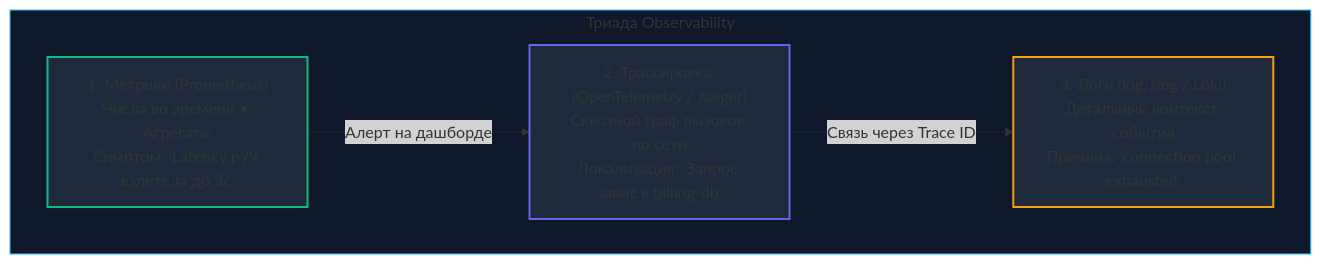
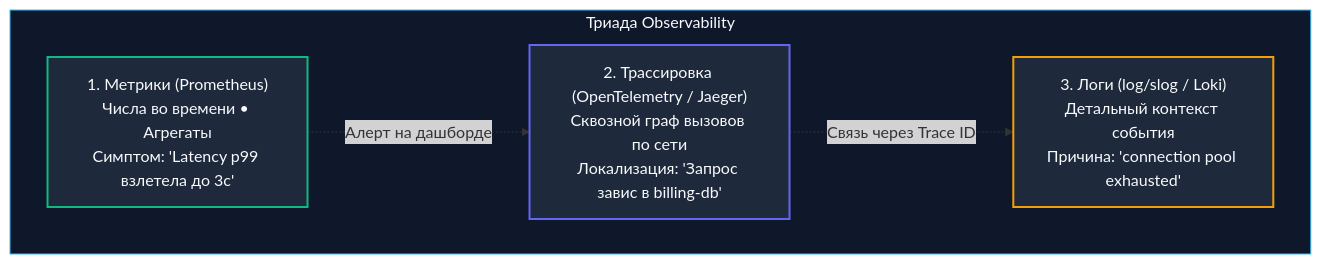
One commit to UnrealTemplier/go-textbook changed the first of 3 diagrams in sources/10. Проектирование API и Сетевые протоколы/31. API observability.md. Above: the diagram before and after it, drawn with Mermaid. The commit also changed other lines of this file and 310 other files, not shown here.

First line of the commit message:
fix(mermaid): replace light fill colors with dark palette for readability on dark theme

````diff
--- a/sources/10. Проектирование API и Сетевые протоколы/31. API observability.md
+++ b/sources/10. Проектирование API и Сетевые протоколы/31. API observability.md
@@ -23,16 +23,16 @@
 ```mermaid
 flowchart TD
     subgraph Triad ["Триада Observability"]
         M["1. Метрики (Prometheus)<br>Числа во времени • Агрегаты<br>Симптом: 'Latency p99 взлетела до 3с'"]
         T["2. Трассировка (OpenTelemetry / Jaeger)<br>Сквозной граф вызовов по сети<br>Локализация: 'Запрос завис в billing-db'"]
         L["3. Логи (log/slog / Loki)<br>Детальный контекст события<br>Причина: 'connection pool exhausted'"]
     end
 
     M -. "Алерт на дашборде" .-> T
     T -. "Связь через Trace ID" .-> L
 
-    style Triad fill:#0f172a,stroke:#38bdf8,stroke-width:1px
-    style M fill:#1e293b,stroke:#10b981,stroke-width:2px
-    style T fill:#1e293b,stroke:#6366f1,stroke-width:2px
-    style L fill:#1e293b,stroke:#f59e0b,stroke-width:2px
+    style Triad fill:#0f172a,stroke:#38bdf8,stroke-width:1px,color:#f8fafc
+    style M fill:#1e293b,stroke:#10b981,stroke-width:2px,color:#f8fafc
+    style T fill:#1e293b,stroke:#6366f1,stroke-width:2px,color:#f8fafc
+    style L fill:#1e293b,stroke:#f59e0b,stroke-width:2px,color:#f8fafc
 ```
````
